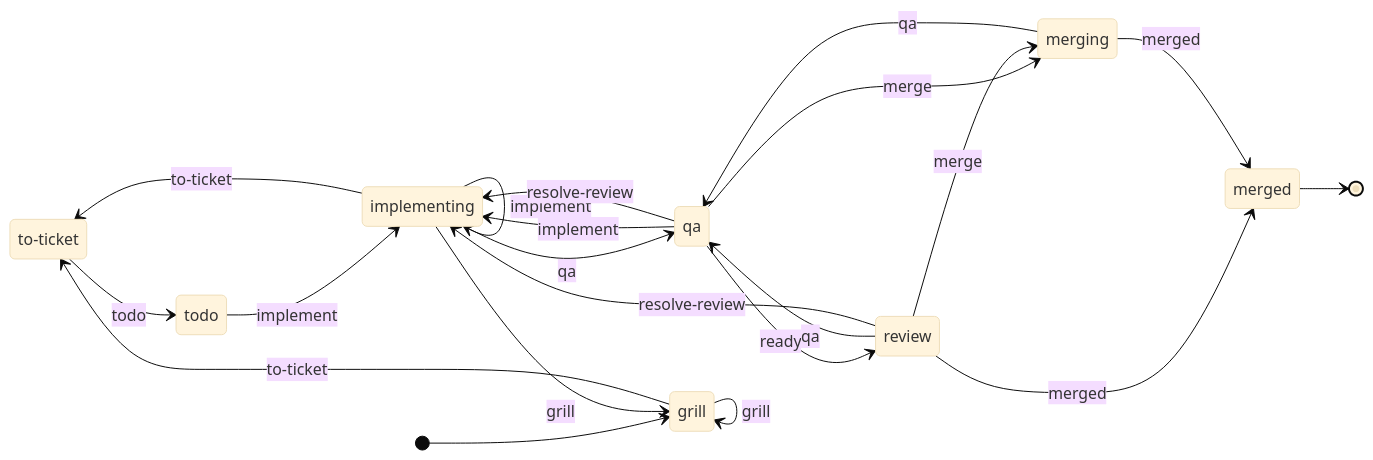
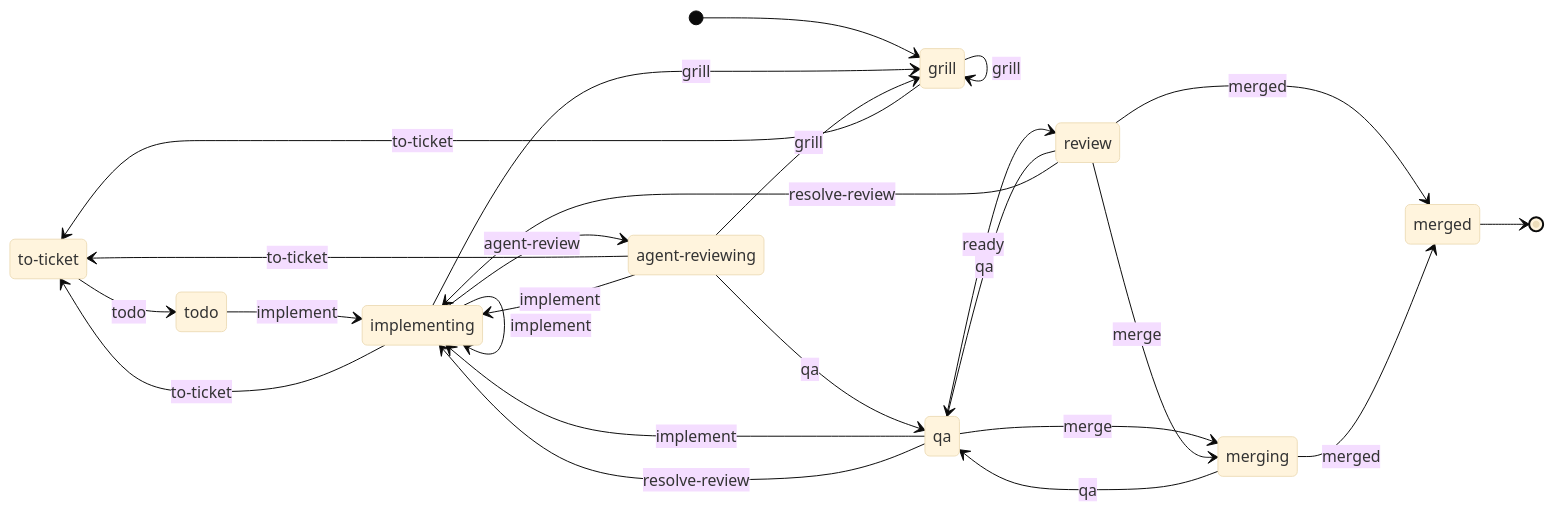
The diagram in apps/mb-workflow/docs/flow.md (MartinBernstorff/mb-workflow), drawn with Mermaid (base theme) before and after one commit. The commit also changed 40 other files, not shown here.

First line of the commit message:
feat(flow): agent-reviewing and reviewing states (MB-172, MB-173, MB-174) (#131)

````diff
--- a/apps/mb-workflow/docs/flow.md
+++ b/apps/mb-workflow/docs/flow.md
@@ -1,25 +1,30 @@
 ```mermaid
 stateDiagram-v2
     direction LR
     state "to-ticket" as to_ticket
+    state "agent-reviewing" as agent_reviewing
     [*] --> grill
     merged --> [*]
     grill --> grill : grill
     grill --> to_ticket : to-ticket
     to_ticket --> todo : todo
     todo --> implementing : implement
     implementing --> grill : grill
     implementing --> to_ticket : to-ticket
     implementing --> implementing : implement
-    implementing --> qa : qa
+    implementing --> agent_reviewing : agent-review
+    agent_reviewing --> grill : grill
+    agent_reviewing --> to_ticket : to-ticket
+    agent_reviewing --> implementing : implement
+    agent_reviewing --> qa : qa
     qa --> implementing : implement
     qa --> review : ready
     qa --> merging : merge
     qa --> implementing : resolve-review
     review --> qa : qa
     review --> merging : merge
     review --> merged : merged
     review --> implementing : resolve-review
     merging --> qa : qa
     merging --> merged : merged
 ```
````
